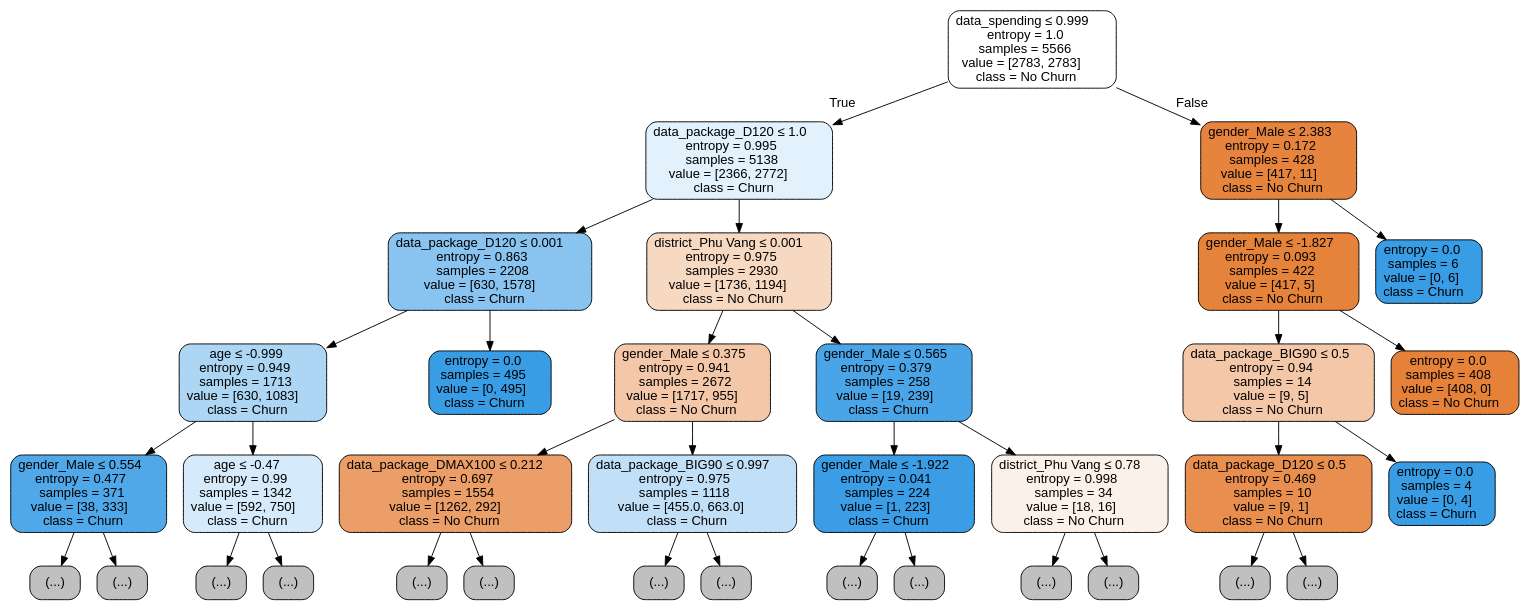
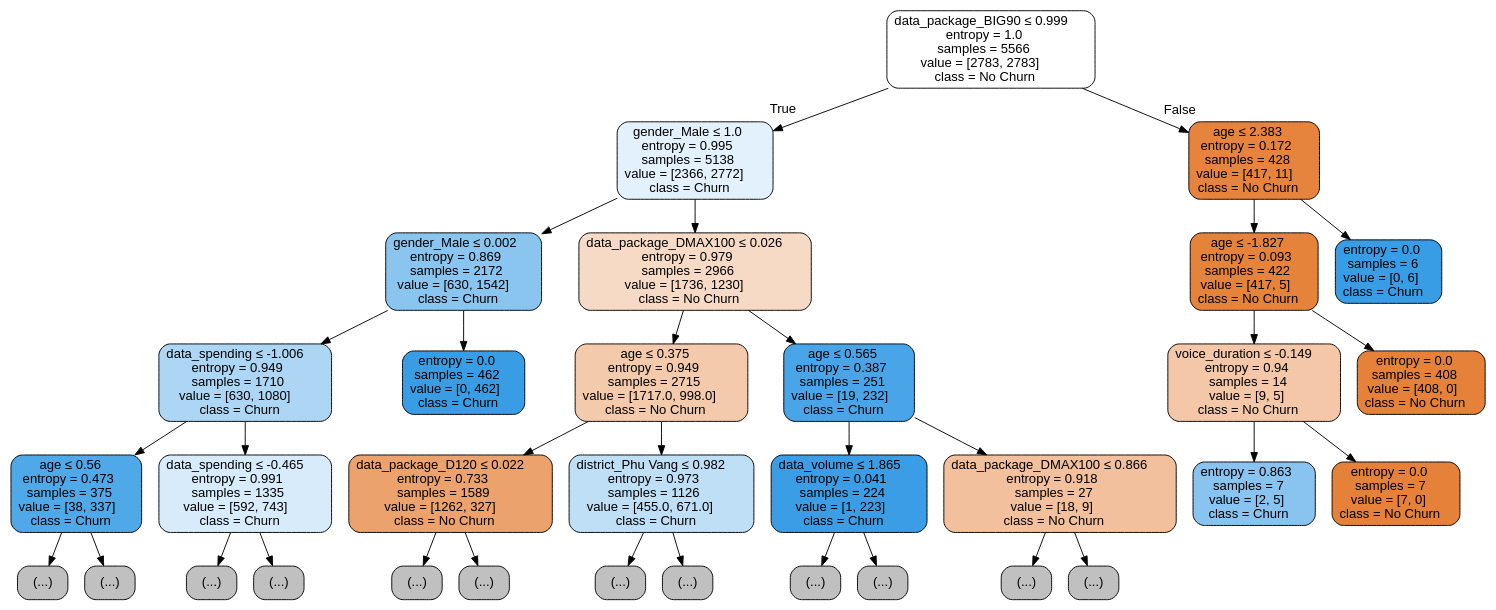
The diagram in outputs/results/decision_tree_depth_4.dot (NhatCaoVan/DM-Final-Project), drawn with Graphviz before and after one commit. The commit also changed 19 other files, not shown here.

```diff
--- a/outputs/results/decision_tree_depth_4.dot
+++ b/outputs/results/decision_tree_depth_4.dot
@@ -1,73 +1,69 @@
 digraph Tree {
 node [shape=box, style="filled, rounded", color="black", fontname="helvetica"] ;
 edge [fontname="helvetica"] ;
-0 [label=<data_spending &le; 0.999<br/>entropy = 1.0<br/>samples = 5566<br/>value = [2783, 2783]<br/>class = No Churn>, fillcolor="#ffffff"] ;
-1 [label=<data_package_D120 &le; 1.0<br/>entropy = 0.995<br/>samples = 5138<br/>value = [2366, 2772]<br/>class = Churn>, fillcolor="#e2f1fb"] ;
+0 [label=<data_package_BIG90 &le; 0.999<br/>entropy = 1.0<br/>samples = 5566<br/>value = [2783, 2783]<br/>class = No Churn>, fillcolor="#ffffff"] ;
+1 [label=<gender_Male &le; 1.0<br/>entropy = 0.995<br/>samples = 5138<br/>value = [2366, 2772]<br/>class = Churn>, fillcolor="#e2f1fb"] ;
 0 -> 1 [labeldistance=2.5, labelangle=45, headlabel="True"] ;
-2 [label=<data_package_D120 &le; 0.001<br/>entropy = 0.863<br/>samples = 2208<br/>value = [630, 1578]<br/>class = Churn>, fillcolor="#88c4ef"] ;
+2 [label=<gender_Male &le; 0.002<br/>entropy = 0.869<br/>samples = 2172<br/>value = [630, 1542]<br/>class = Churn>, fillcolor="#8ac5f0"] ;
 1 -> 2 ;
-3 [label=<age &le; -0.999<br/>entropy = 0.949<br/>samples = 1713<br/>value = [630, 1083]<br/>class = Churn>, fillcolor="#acd6f4"] ;
+3 [label=<data_spending &le; -1.006<br/>entropy = 0.949<br/>samples = 1710<br/>value = [630, 1080]<br/>class = Churn>, fillcolor="#acd6f4"] ;
 2 -> 3 ;
-4 [label=<gender_Male &le; 0.554<br/>entropy = 0.477<br/>samples = 371<br/>value = [38, 333]<br/>class = Churn>, fillcolor="#50a8e8"] ;
+4 [label=<age &le; 0.56<br/>entropy = 0.473<br/>samples = 375<br/>value = [38, 337]<br/>class = Churn>, fillcolor="#4fa8e8"] ;
 3 -> 4 ;
 5 [label="(...)", fillcolor="#C0C0C0"] ;
 4 -> 5 ;
 6 [label="(...)", fillcolor="#C0C0C0"] ;
 4 -> 6 ;
-33 [label=<age &le; -0.47<br/>entropy = 0.99<br/>samples = 1342<br/>value = [592, 750]<br/>class = Churn>, fillcolor="#d5eafa"] ;
-3 -> 33 ;
-34 [label="(...)", fillcolor="#C0C0C0"] ;
-33 -> 34 ;
-107 [label="(...)", fillcolor="#C0C0C0"] ;
-33 -> 107 ;
-194 [label=<entropy = 0.0<br/>samples = 495<br/>value = [0, 495]<br/>class = Churn>, fillcolor="#399de5"] ;
-2 -> 194 ;
-195 [label=<district_Phu Vang &le; 0.001<br/>entropy = 0.975<br/>samples = 2930<br/>value = [1736, 1194]<br/>class = No Churn>, fillcolor="#f7d8c1"] ;
-1 -> 195 ;
-196 [label=<gender_Male &le; 0.375<br/>entropy = 0.941<br/>samples = 2672<br/>value = [1717, 955]<br/>class = No Churn>, fillcolor="#f3c7a7"] ;
-195 -> 196 ;
-197 [label=<data_package_DMAX100 &le; 0.212<br/>entropy = 0.697<br/>samples = 1554<br/>value = [1262, 292]<br/>class = No Churn>, fillcolor="#eb9e67"] ;
-196 -> 197 ;
-198 [label="(...)", fillcolor="#C0C0C0"] ;
-197 -> 198 ;
-285 [label="(...)", fillcolor="#C0C0C0"] ;
-197 -> 285 ;
-288 [label=<data_package_BIG90 &le; 0.997<br/>entropy = 0.975<br/>samples = 1118<br/>value = [455.0, 663.0]<br/>class = Churn>, fillcolor="#c1e0f7"] ;
-196 -> 288 ;
-289 [label="(...)", fillcolor="#C0C0C0"] ;
-288 -> 289 ;
-432 [label="(...)", fillcolor="#C0C0C0"] ;
-288 -> 432 ;
-451 [label=<gender_Male &le; 0.565<br/>entropy = 0.379<br/>samples = 258<br/>value = [19, 239]<br/>class = Churn>, fillcolor="#49a5e7"] ;
-195 -> 451 ;
-452 [label=<gender_Male &le; -1.922<br/>entropy = 0.041<br/>samples = 224<br/>value = [1, 223]<br/>class = Churn>, fillcolor="#3a9de5"] ;
-451 -> 452 ;
-453 [label="(...)", fillcolor="#C0C0C0"] ;
-452 -> 453 ;
-456 [label="(...)", fillcolor="#C0C0C0"] ;
-452 -> 456 ;
-457 [label=<district_Phu Vang &le; 0.78<br/>entropy = 0.998<br/>samples = 34<br/>value = [18, 16]<br/>class = No Churn>, fillcolor="#fcf1e9"] ;
-451 -> 457 ;
-458 [label="(...)", fillcolor="#C0C0C0"] ;
-457 -> 458 ;
-459 [label="(...)", fillcolor="#C0C0C0"] ;
-457 -> 459 ;
-462 [label=<gender_Male &le; 2.383<br/>entropy = 0.172<br/>samples = 428<br/>value = [417, 11]<br/>class = No Churn>, fillcolor="#e6843e"] ;
-0 -> 462 [labeldistance=2.5, labelangle=-45, headlabel="False"] ;
-463 [label=<gender_Male &le; -1.827<br/>entropy = 0.093<br/>samples = 422<br/>value = [417, 5]<br/>class = No Churn>, fillcolor="#e5833b"] ;
-462 -> 463 ;
-464 [label=<data_package_BIG90 &le; 0.5<br/>entropy = 0.94<br/>samples = 14<br/>value = [9, 5]<br/>class = No Churn>, fillcolor="#f3c7a7"] ;
-463 -> 464 ;
-465 [label=<data_package_D120 &le; 0.5<br/>entropy = 0.469<br/>samples = 10<br/>value = [9, 1]<br/>class = No Churn>, fillcolor="#e88f4f"] ;
-464 -> 465 ;
-466 [label="(...)", fillcolor="#C0C0C0"] ;
-465 -> 466 ;
-467 [label="(...)", fillcolor="#C0C0C0"] ;
-465 -> 467 ;
-468 [label=<entropy = 0.0<br/>samples = 4<br/>value = [0, 4]<br/>class = Churn>, fillcolor="#399de5"] ;
-464 -> 468 ;
-469 [label=<entropy = 0.0<br/>samples = 408<br/>value = [408, 0]<br/>class = No Churn>, fillcolor="#e58139"] ;
-463 -> 469 ;
-470 [label=<entropy = 0.0<br/>samples = 6<br/>value = [0, 6]<br/>class = Churn>, fillcolor="#399de5"] ;
-462 -> 470 ;
+7 [label=<data_spending &le; -0.465<br/>entropy = 0.991<br/>samples = 1335<br/>value = [592, 743]<br/>class = Churn>, fillcolor="#d7ebfa"] ;
+3 -> 7 ;
+8 [label="(...)", fillcolor="#C0C0C0"] ;
+7 -> 8 ;
+9 [label="(...)", fillcolor="#C0C0C0"] ;
+7 -> 9 ;
+10 [label=<entropy = 0.0<br/>samples = 462<br/>value = [0, 462]<br/>class = Churn>, fillcolor="#399de5"] ;
+2 -> 10 ;
+11 [label=<data_package_DMAX100 &le; 0.026<br/>entropy = 0.979<br/>samples = 2966<br/>value = [1736, 1230]<br/>class = No Churn>, fillcolor="#f7dac5"] ;
+1 -> 11 ;
+12 [label=<age &le; 0.375<br/>entropy = 0.949<br/>samples = 2715<br/>value = [1717.0, 998.0]<br/>class = No Churn>, fillcolor="#f4caac"] ;
+11 -> 12 ;
+13 [label=<data_package_D120 &le; 0.022<br/>entropy = 0.733<br/>samples = 1589<br/>value = [1262, 327]<br/>class = No Churn>, fillcolor="#eca26c"] ;
+12 -> 13 ;
+14 [label="(...)", fillcolor="#C0C0C0"] ;
+13 -> 14 ;
+15 [label="(...)", fillcolor="#C0C0C0"] ;
+13 -> 15 ;
+16 [label=<district_Phu Vang &le; 0.982<br/>entropy = 0.973<br/>samples = 1126<br/>value = [455.0, 671.0]<br/>class = Churn>, fillcolor="#bfdff7"] ;
+12 -> 16 ;
+17 [label="(...)", fillcolor="#C0C0C0"] ;
+16 -> 17 ;
+18 [label="(...)", fillcolor="#C0C0C0"] ;
+16 -> 18 ;
+19 [label=<age &le; 0.565<br/>entropy = 0.387<br/>samples = 251<br/>value = [19, 232]<br/>class = Churn>, fillcolor="#49a5e7"] ;
+11 -> 19 ;
+20 [label=<data_volume &le; 1.865<br/>entropy = 0.041<br/>samples = 224<br/>value = [1, 223]<br/>class = Churn>, fillcolor="#3a9de5"] ;
+19 -> 20 ;
+21 [label="(...)", fillcolor="#C0C0C0"] ;
+20 -> 21 ;
+22 [label="(...)", fillcolor="#C0C0C0"] ;
+20 -> 22 ;
+23 [label=<data_package_DMAX100 &le; 0.866<br/>entropy = 0.918<br/>samples = 27<br/>value = [18, 9]<br/>class = No Churn>, fillcolor="#f2c09c"] ;
+19 -> 23 ;
+24 [label="(...)", fillcolor="#C0C0C0"] ;
+23 -> 24 ;
+25 [label="(...)", fillcolor="#C0C0C0"] ;
+23 -> 25 ;
+26 [label=<age &le; 2.383<br/>entropy = 0.172<br/>samples = 428<br/>value = [417, 11]<br/>class = No Churn>, fillcolor="#e6843e"] ;
+0 -> 26 [labeldistance=2.5, labelangle=-45, headlabel="False"] ;
+27 [label=<age &le; -1.827<br/>entropy = 0.093<br/>samples = 422<br/>value = [417, 5]<br/>class = No Churn>, fillcolor="#e5833b"] ;
+26 -> 27 ;
+28 [label=<voice_duration &le; -0.149<br/>entropy = 0.94<br/>samples = 14<br/>value = [9, 5]<br/>class = No Churn>, fillcolor="#f3c7a7"] ;
+27 -> 28 ;
+29 [label=<entropy = 0.863<br/>samples = 7<br/>value = [2, 5]<br/>class = Churn>, fillcolor="#88c4ef"] ;
+28 -> 29 ;
+30 [label=<entropy = 0.0<br/>samples = 7<br/>value = [7, 0]<br/>class = No Churn>, fillcolor="#e58139"] ;
+28 -> 30 ;
+31 [label=<entropy = 0.0<br/>samples = 408<br/>value = [408, 0]<br/>class = No Churn>, fillcolor="#e58139"] ;
+27 -> 31 ;
+32 [label=<entropy = 0.0<br/>samples = 6<br/>value = [0, 6]<br/>class = Churn>, fillcolor="#399de5"] ;
+26 -> 32 ;
 }
```
